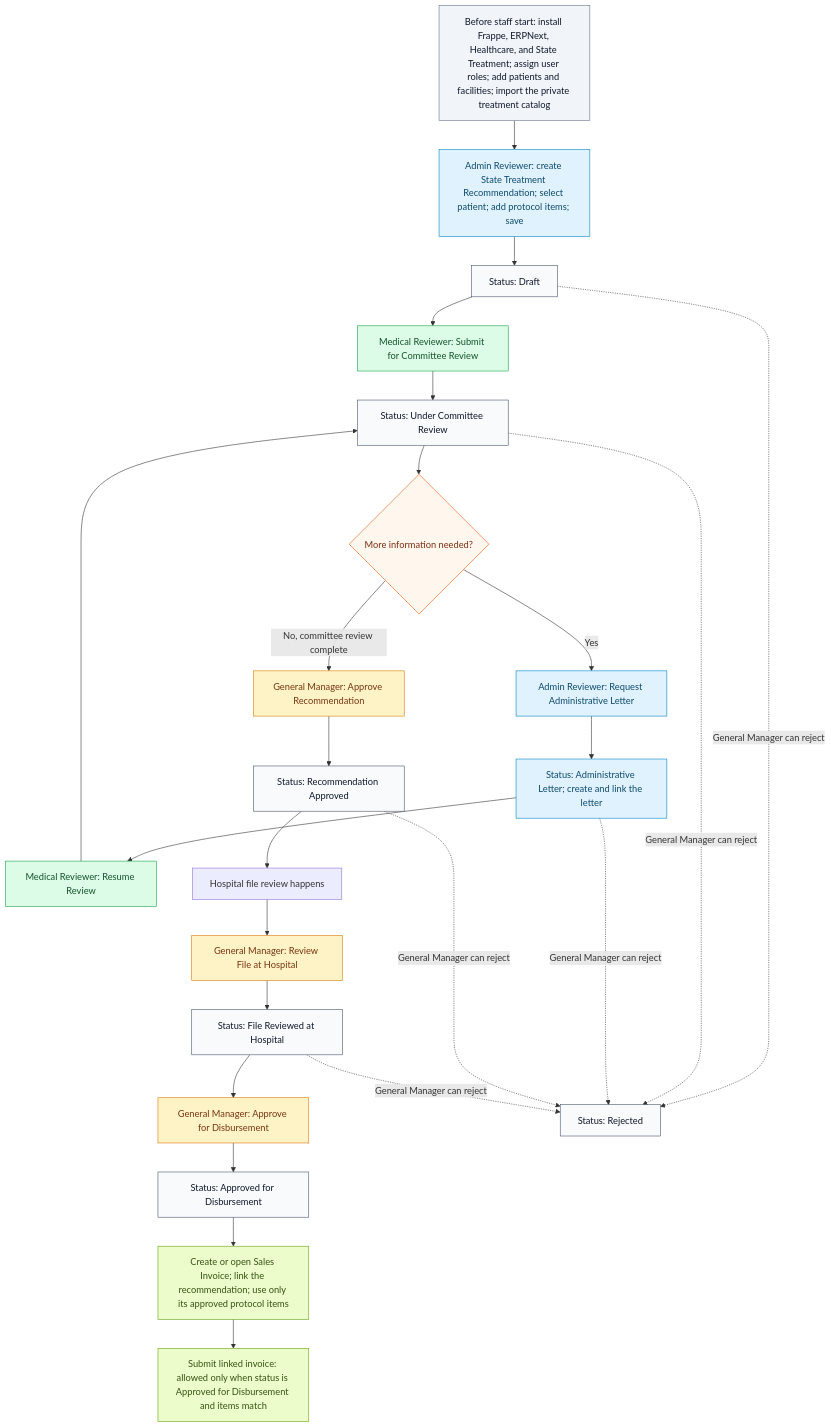
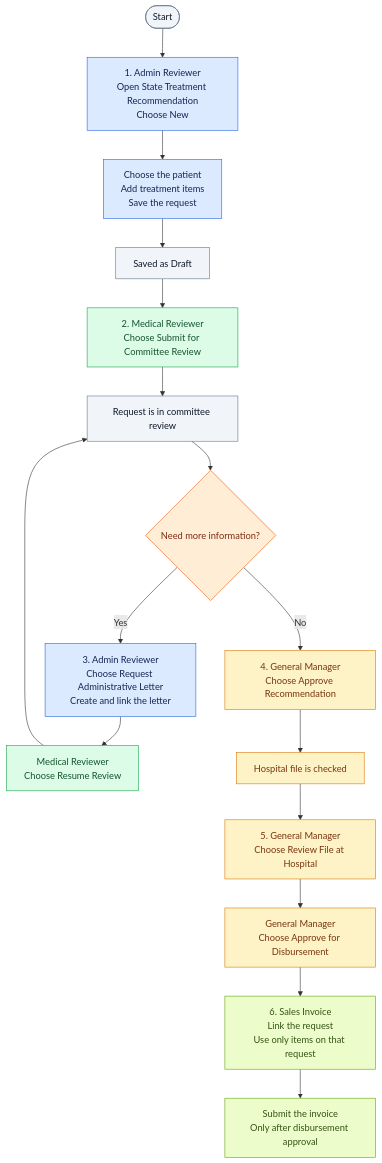
Before and after one commit to Steeif/state_treatment: the diagram in README.md, drawn with Mermaid. The commit also changed other lines of this file, not shown here.

Commit message:
docs: simplify user workflow graph

````diff
--- a/README.md
+++ b/README.md
@@ -21,40 +21,31 @@
 ```mermaid
 flowchart TD
-    P["Before staff start: install Frappe, ERPNext, Healthcare, and State Treatment; assign user roles; add patients and facilities; import the private treatment catalog"] --> A["Admin Reviewer: create State Treatment Recommendation; select patient; add protocol items; save"]
-    A --> D["Status: Draft"]
-    D --> M["Medical Reviewer: Submit for Committee Review"]
-    M --> U["Status: Under Committee Review"]
-    U --> Q{"More information needed?"}
-    Q -->|Yes| L["Admin Reviewer: Request Administrative Letter"]
-    L --> LA["Status: Administrative Letter; create and link the letter"]
-    LA --> MR["Medical Reviewer: Resume Review"]
-    MR --> U
-    Q -->|No, committee review complete| G["General Manager: Approve Recommendation"]
-    G --> R["Status: Recommendation Approved"]
-    R --> H["Hospital file review happens"]
-    H --> HA["General Manager: Review File at Hospital"]
-    HA --> HF["Status: File Reviewed at Hospital"]
-    HF --> GD["General Manager: Approve for Disbursement"]
-    GD --> F["Status: Approved for Disbursement"]
-    F --> I["Create or open Sales Invoice; link the recommendation; use only its approved protocol items"]
-    I --> S["Submit linked invoice: allowed only when status is Approved for Disbursement and items match"]
-    D -. General Manager can reject .-> X["Status: Rejected"]
-    U -. General Manager can reject .-> X
-    LA -. General Manager can reject .-> X
-    R -. General Manager can reject .-> X
-    HF -. General Manager can reject .-> X
-    classDef setup fill:#f1f5f9,stroke:#64748b,color:#0f172a
-    classDef admin fill:#e0f2fe,stroke:#0284c7,color:#0c4a6e
+    A([Start]) --> B["1. Admin Reviewer<br/>Open State Treatment Recommendation<br/>Choose New"]
+    B --> C["Choose the patient<br/>Add treatment items<br/>Save the request"]
+    C --> D["Saved as Draft"]
+    D --> E["2. Medical Reviewer<br/>Choose Submit for Committee Review"]
+    E --> F["Request is in committee review"]
+    F --> Q{"Need more information?"}
+    Q -->|Yes| G["3. Admin Reviewer<br/>Choose Request Administrative Letter<br/>Create and link the letter"]
+    G --> H["Medical Reviewer<br/>Choose Resume Review"]
+    H --> F
+    Q -->|No| I["4. General Manager<br/>Choose Approve Recommendation"]
+    I --> J["Hospital file is checked"]
+    J --> K["5. General Manager<br/>Choose Review File at Hospital"]
+    K --> L["General Manager<br/>Choose Approve for Disbursement"]
+    L --> M["6. Sales Invoice<br/>Link the request<br/>Use only items on that request"]
+    M --> N["Submit the invoice<br/>Only after disbursement approval"]
+    classDef start fill:#f1f5f9,stroke:#64748b,color:#0f172a
+    classDef admin fill:#dbeafe,stroke:#2563eb,color:#172554
     classDef medical fill:#dcfce7,stroke:#16a34a,color:#14532d
     classDef manager fill:#fef3c7,stroke:#d97706,color:#78350f
-    classDef status fill:#f8fafc,stroke:#475569,color:#0f172a
-    classDef decision fill:#fff7ed,stroke:#ea580c,color:#7c2d12
+    classDef question fill:#ffedd5,stroke:#ea580c,color:#7c2d12
     classDef invoice fill:#ecfccb,stroke:#65a30d,color:#365314
-    class P setup
-    class A,L,LA admin
-    class M,MR medical
-    class G,HA,GD manager
-    class D,U,R,HF,F,X status
-    class Q decision
-    class I,S invoice
+    class A start
+    class B,C,G admin
+    class E,H medical
+    class I,J,K,L manager
+    class F,D start
+    class Q question
+    class M,N invoice
 ```
````
